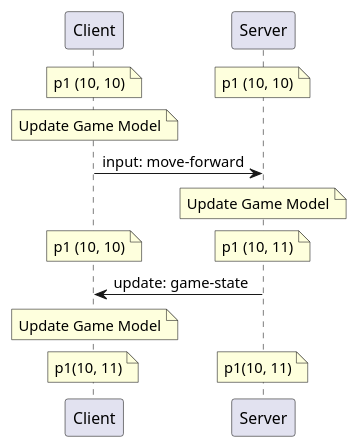
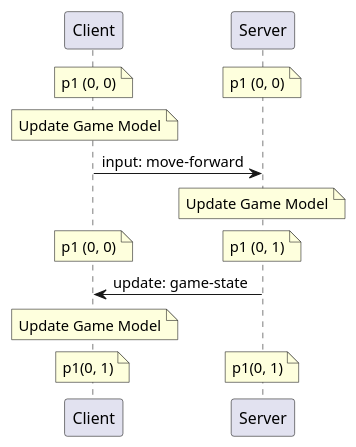
Before and after one commit to ProfPorkins/GameTech: the diagram in doc/multiplayer/uml/network-sequence.puml, drawn with PlantUML. The commit also changed 4 other files, not shown here.

```diff
--- a/doc/multiplayer/uml/network-sequence.puml
+++ b/doc/multiplayer/uml/network-sequence.puml
@@ -1,21 +1,21 @@
 @startuml Basic Network - Sequence
 
 participant Client
 participant Server
 
-note over Client: p1 (10, 10)
-/ note over Server: p1 (10, 10)
+note over Client: p1 (0, 0)
+/ note over Server: p1 (0, 0)
 
 note over Client: Update Game Model
 
 Client -> Server: input: move-forward
 note over Server: Update Game Model
-note over Client: p1 (10, 10)
-/ note over Server: p1 (10, 11)
+note over Client: p1 (0, 0)
+/ note over Server: p1 (0, 1)
 Server -> Client: update: game-state
 
 note over Client: Update Game Model
-note over Client: p1(10, 11)
-/ note over Server: p1(10, 11)
+note over Client: p1(0, 1)
+/ note over Server: p1(0, 1)
 
 @enduml
```
